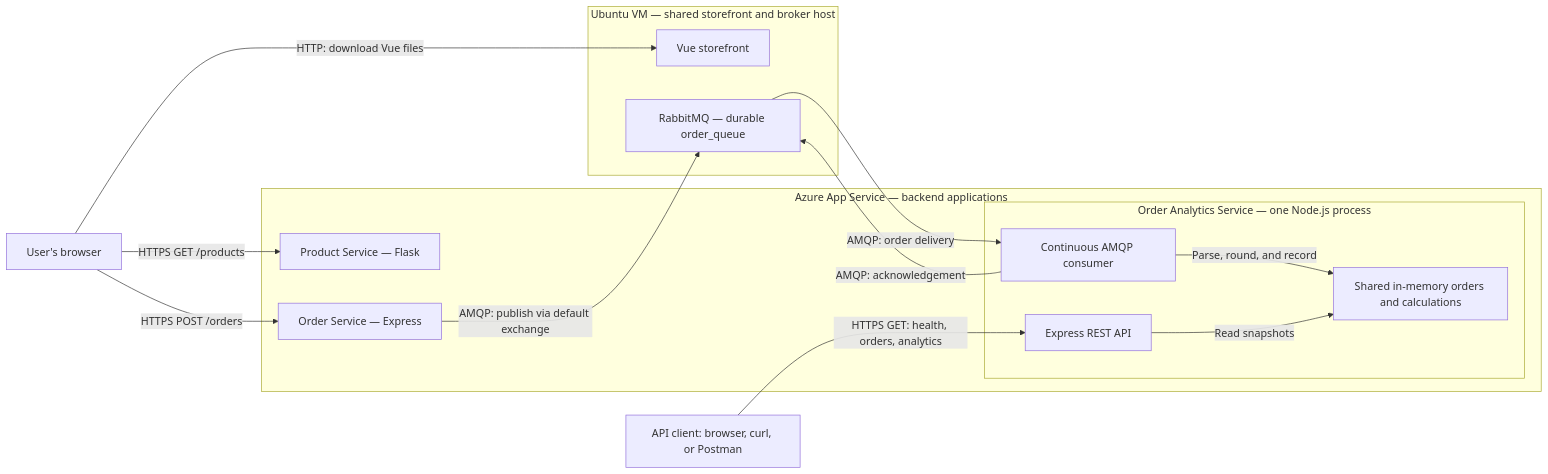
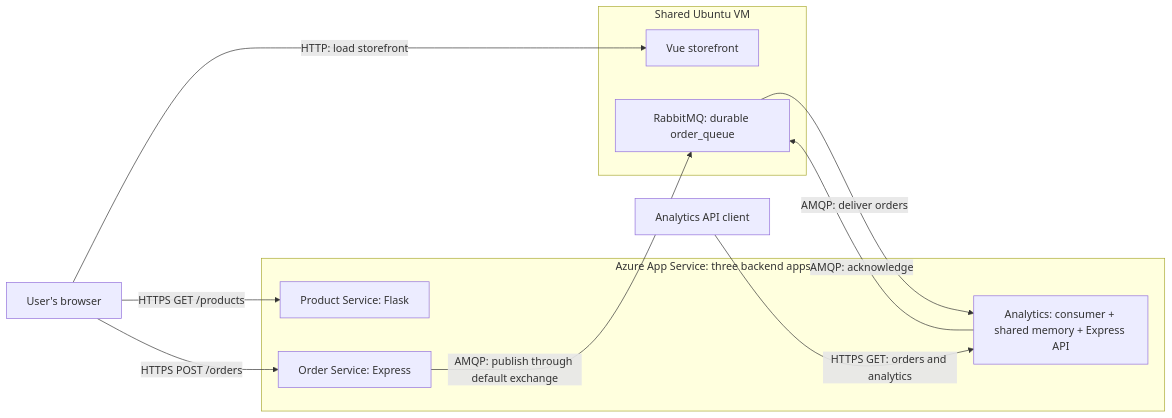
The diagram in README.md (macl0379/order-analytics-service), drawn with Mermaid before and after one commit. The commit also changed other lines of this file and 3 other files, not shown here.

````diff
--- a/README.md
+++ b/README.md
@@ -89,30 +22,24 @@
 ```mermaid
 flowchart LR
     Browser["User's browser"]
-    Viewer["API client: browser, curl, or Postman"]
+    Client["Analytics API client"]
 
-    subgraph VM["Ubuntu VM — shared storefront and broker host"]
+    subgraph VM["Shared Ubuntu VM"]
         Frontend["Vue storefront"]
-        Rabbit["RabbitMQ — durable order_queue"]
+        Rabbit["RabbitMQ: durable order_queue"]
     end
 
-    subgraph Azure["Azure App Service — backend applications"]
-        Product["Product Service — Flask"]
-        Order["Order Service — Express"]
-        subgraph Analytics["Order Analytics Service — one Node.js process"]
-            Consumer["Continuous AMQP consumer"]
-            State["Shared in-memory orders and calculations"]
-            API["Express REST API"]
-            Consumer -->|"Parse, round, and record"| State
-            API -->|"Read snapshots"| State
-        end
+    subgraph Azure["Azure App Service: three backend apps"]
+        Product["Product Service: Flask"]
+        Order["Order Service: Express"]
+        Analytics["Analytics: consumer + shared memory + Express API"]
     end
 
-    Browser -->|"HTTP: download Vue files"| Frontend
+    Browser -->|"HTTP: load storefront"| Frontend
     Browser -->|"HTTPS GET /products"| Product
     Browser -->|"HTTPS POST /orders"| Order
-    Order -->|"AMQP: publish via default exchange"| Rabbit
-    Rabbit -->|"AMQP: order delivery"| Consumer
-    Consumer -->|"AMQP: acknowledgement"| Rabbit
-    Viewer -->|"HTTPS GET: health, orders, analytics"| API
+    Order -->|"AMQP: publish through default exchange"| Rabbit
+    Rabbit -->|"AMQP: deliver orders"| Analytics
+    Analytics -->|"AMQP: acknowledge"| Rabbit
+    Client -->|"HTTPS GET: orders and analytics"| Analytics
 ```
````
